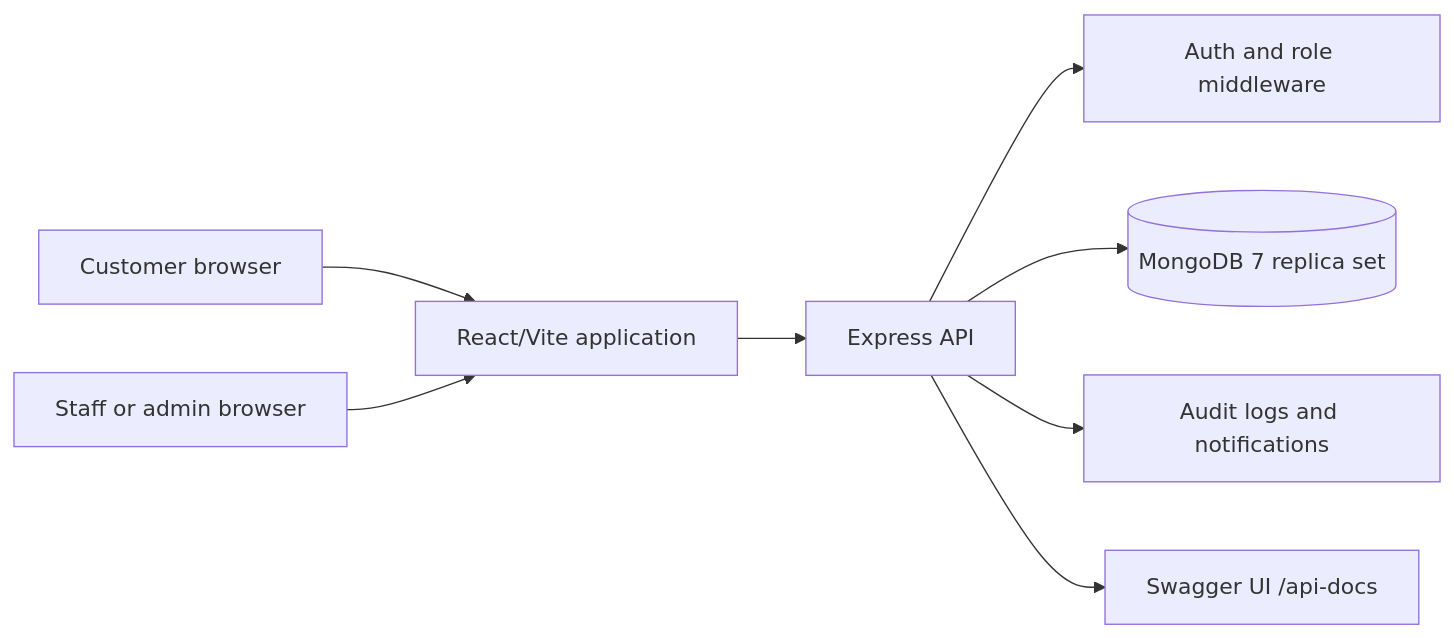
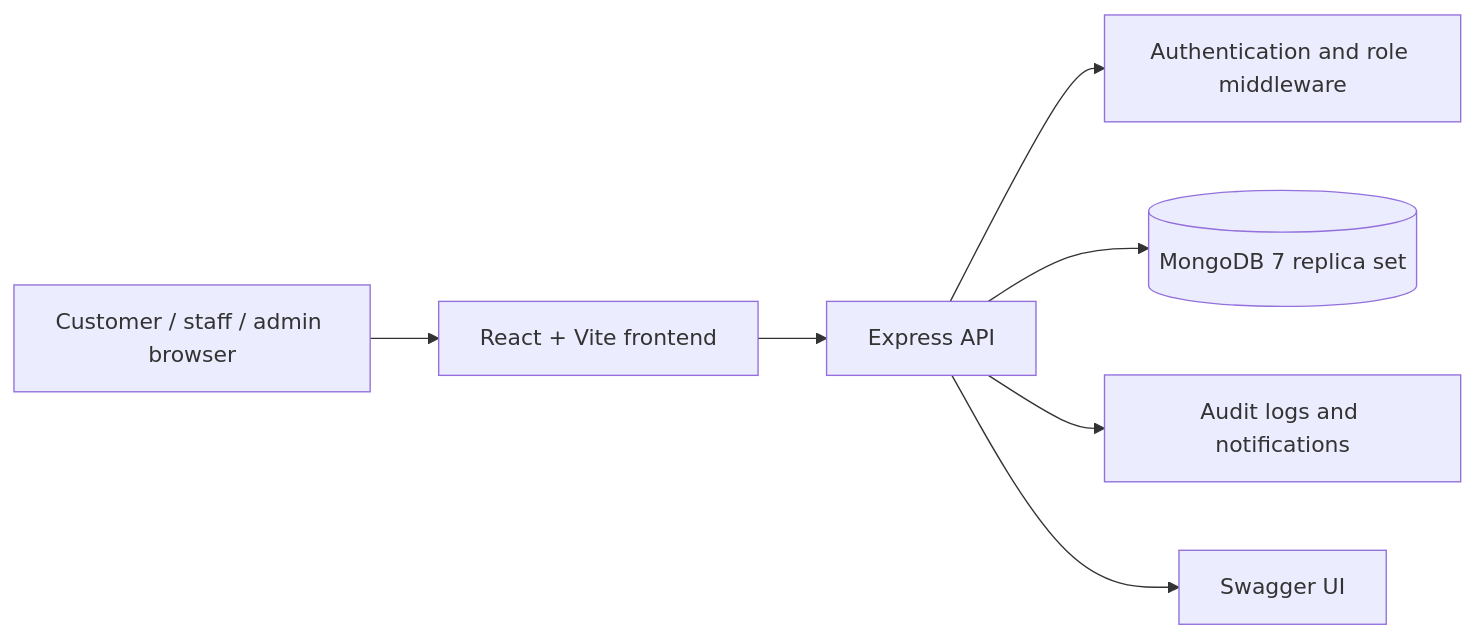
One commit to Ash12106/Render-desk changed the diagram in README.md. Above: the diagram before and after it, drawn with Mermaid. The commit also changed other lines of this file, not shown here.

Commit message:
docs: add enterprise architecture and operations artifacts

````diff
--- a/README.md
+++ b/README.md
@@ -89,10 +58,9 @@
 ```mermaid
 flowchart LR
-    Customer[Customer browser] --> Web[React/Vite application]
-    Staff[Staff or admin browser] --> Web
-    Web --> API[Express API]
-    API --> Auth[Auth and role middleware]
+    Browser[Customer / staff / admin browser] --> Frontend[React + Vite frontend]
+    Frontend --> API[Express API]
+    API --> Auth[Authentication and role middleware]
     API --> Mongo[(MongoDB 7 replica set)]
     API --> Audit[Audit logs and notifications]
-    API --> Docs[Swagger UI /api-docs]
+    API --> Swagger[Swagger UI]
 ```
````
